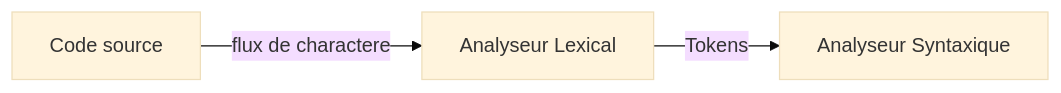
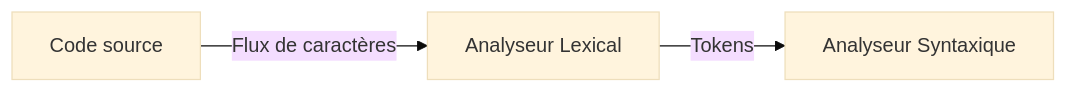
The first of 8 diagrams in L3/S5/Compilation/Cm.md (RonanFreezy/L3), drawn with Mermaid (base theme) before and after one commit. The commit also changed other lines of this file, not shown here.

````diff
--- a/L3/S5/Compilation/Cm.md
+++ b/L3/S5/Compilation/Cm.md
@@ -29,6 +21,5 @@
 ```mermaid
 graph LR
-
-a["Code source"] -->|flux de charactere| b["Analyseur Lexical"]
-b -->|Tokens| c["Analyseur Syntaxique"] 
+    a["Code source"] -->|Flux de caractères| b["Analyseur Lexical"]
+    b -->|Tokens| c["Analyseur Syntaxique"] 
 ```
````
